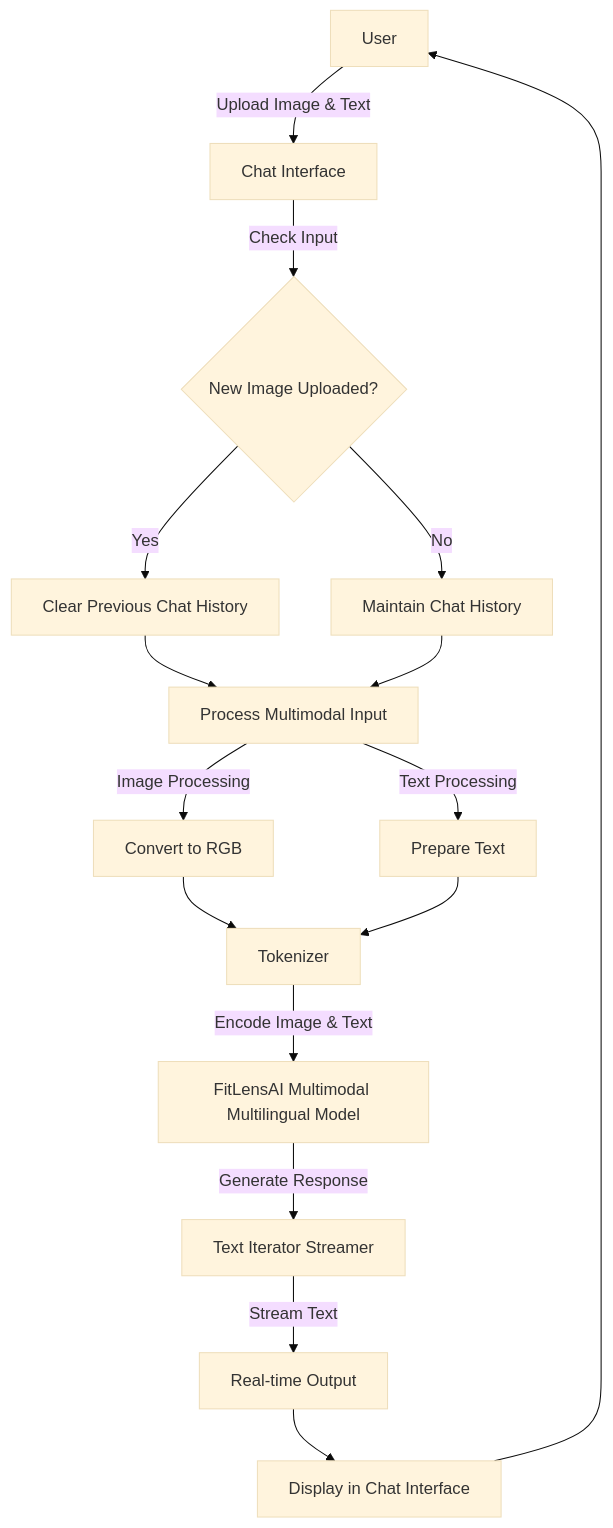
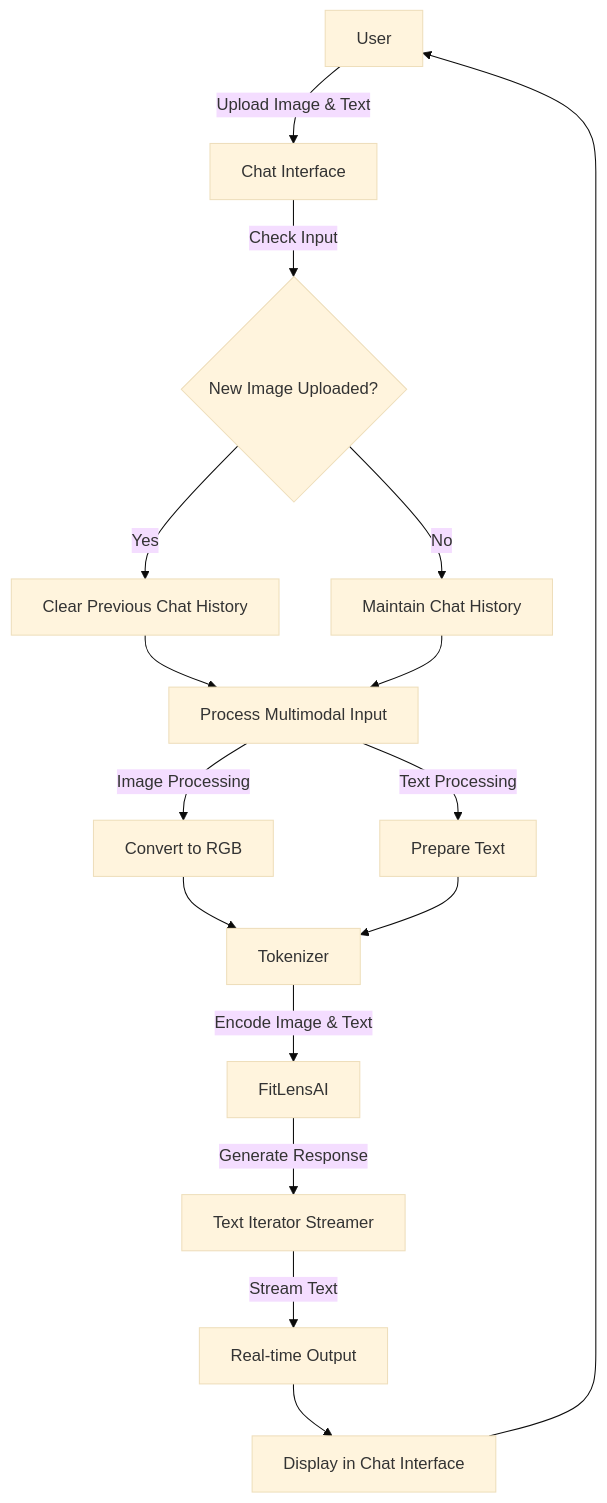
One commit to hasibzunair/FitLensAI changed the diagram in README.md. Above: the diagram before and after it, drawn with Mermaid (base theme). The commit also changed other lines of this file and 1 other file, not shown here.

````diff
--- a/README.md
+++ b/README.md
@@ -48,18 +50,18 @@
 ```mermaid
 flowchart TD
     A[User] -->|Upload Image & Text| B[Chat Interface]
     B -->|Check Input| C{New Image Uploaded?}
     C -->|Yes| D[Clear Previous Chat History]
     C -->|No| E[Maintain Chat History]
     D --> F[Process Multimodal Input]
     E --> F
     F -->|Image Processing| G[Convert to RGB]
     F -->|Text Processing| H[Prepare Text]
     G --> I[Tokenizer]
     H --> I
-    I -->|Encode Image & Text| J[FitLensAI Multimodal Multilingual Model]
+    I -->|Encode Image & Text| J[FitLensAI]
     J -->|Generate Response| K[Text Iterator Streamer]
     K -->|Stream Text| L[Real-time Output]
     L --> M[Display in Chat Interface]
     M --> A
 ```
````
